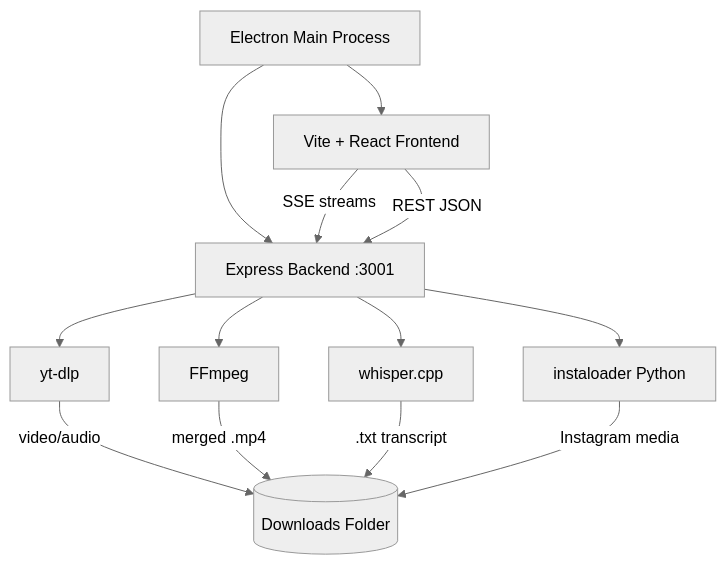
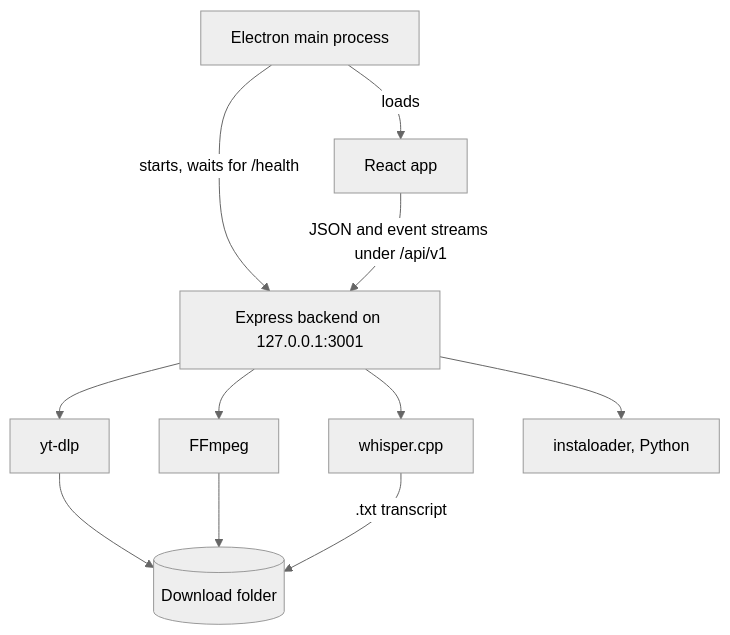
One commit to spacesdrive/kinetube changed the diagram in README.md. Above: the diagram before and after it, drawn with Mermaid (neutral theme). The commit also changed other lines of this file and 26 other files, not shown here.

````diff
--- a/README.md
+++ b/README.md
@@ -50,18 +109,15 @@
 ```mermaid
 graph TD
-    A[Electron Main Process] --> B[Vite + React Frontend]
-    A --> C[Express Backend :3001]
-
-    B -->|SSE streams| C
-    B -->|REST JSON| C
+    A[Electron main process] -->|starts, waits for /health| C[Express backend on 127.0.0.1:3001]
+    A -->|loads| B[React app]
+    B -->|JSON and event streams under /api/v1| C
 
     C --> D[yt-dlp]
     C --> E[FFmpeg]
     C --> F[whisper.cpp]
-    C --> G[instaloader Python]
+    C --> G[instaloader, Python]
 
-    D -->|video/audio| H[(Downloads Folder)]
-    E -->|merged .mp4| H
+    D --> H[(Download folder)]
+    E --> H
     F -->|.txt transcript| H
-    G -->|Instagram media| H
 ```
````
